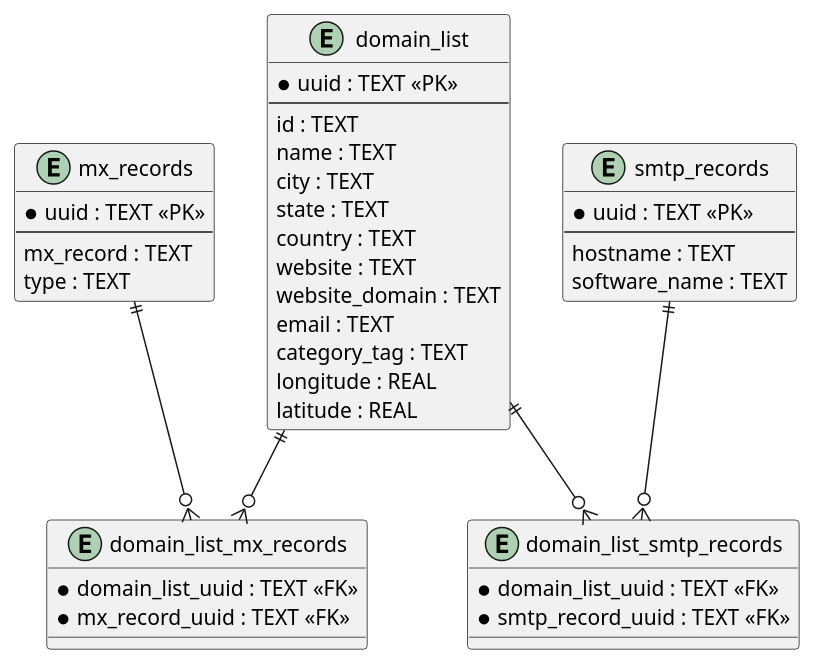
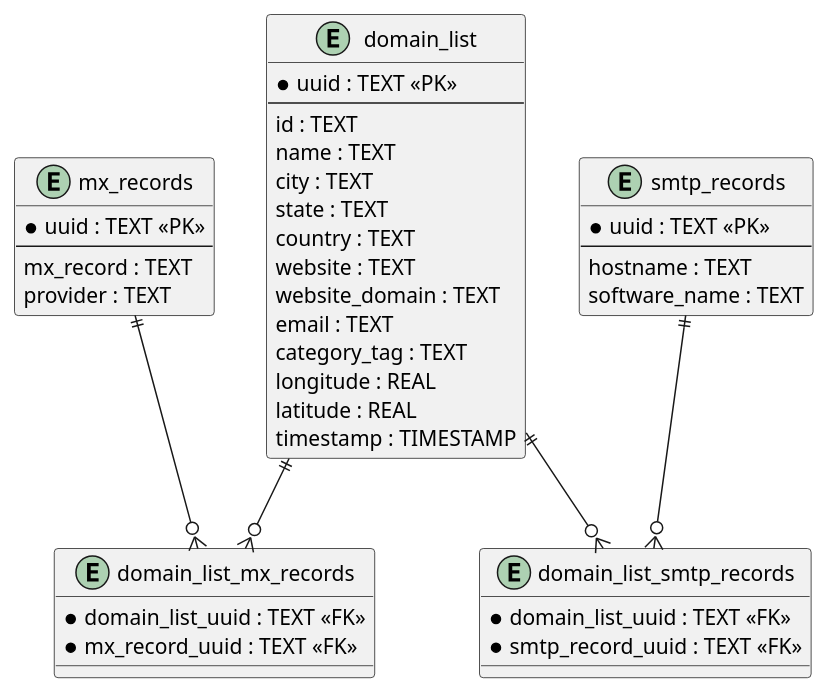
One commit to Owreeb/S.M.A.R.T.-Sovereign_Mail_Assessment_and_Rating_Tool changed the diagram in scanner/docs/db/db.puml. Above: the diagram before and after it, drawn with PlantUML. The commit also changed 2 other files, not shown here.

```diff
--- a/scanner/docs/db/db.puml
+++ b/scanner/docs/db/db.puml
@@ -1,47 +1,48 @@
 @startuml db_schema
 entity "domain_list" as bronze_table {
     * uuid : TEXT <<PK>>
     --
     id : TEXT
     name : TEXT
     city : TEXT
     state : TEXT
     country : TEXT
     website : TEXT
     website_domain : TEXT
     email : TEXT
     category_tag : TEXT
     longitude : REAL
     latitude : REAL
+    timestamp : TIMESTAMP
 }
 
 entity "mx_records" as mx_records {
     * uuid : TEXT <<PK>>
     --
     mx_record : TEXT
-    type : TEXT
+    provider : TEXT
 }
 
 entity "domain_list_mx_records" as domain_list_mx_records {
     * domain_list_uuid : TEXT <<FK>>
     * mx_record_uuid : TEXT <<FK>>
 }
 
 entity "smtp_records" as smtp_records {
     * uuid : TEXT <<PK>>
     --
     hostname : TEXT
     software_name : TEXT
 }
 
 entity "domain_list_smtp_records" as domain_list_smtp_records {
     * domain_list_uuid : TEXT <<FK>>
     * smtp_record_uuid : TEXT <<FK>>
 }
 
 bronze_table ||--o{ domain_list_mx_records
 mx_records ||--o{ domain_list_mx_records
 
 bronze_table ||--o{ domain_list_smtp_records
 smtp_records ||--o{ domain_list_smtp_records
 @enduml
```
